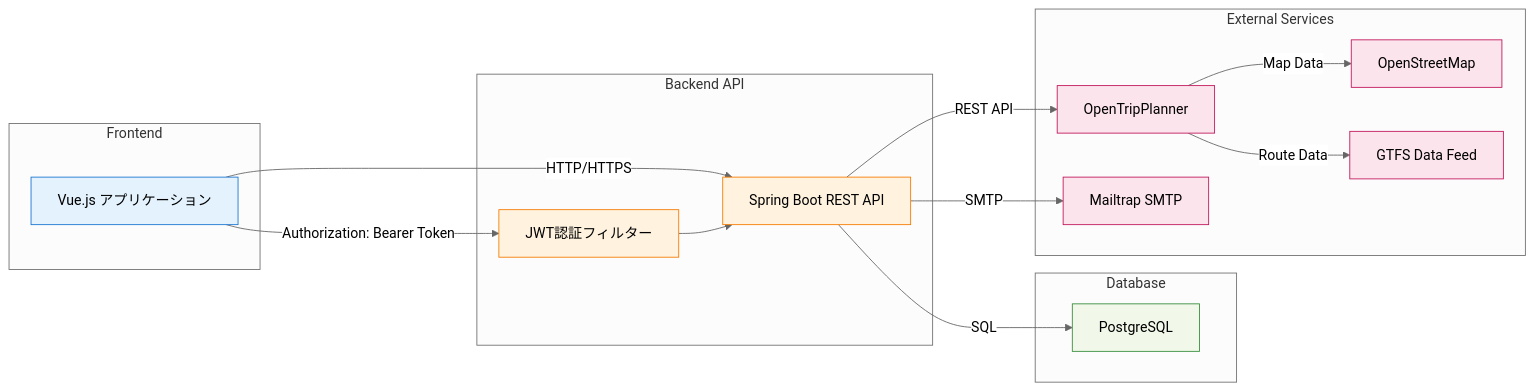
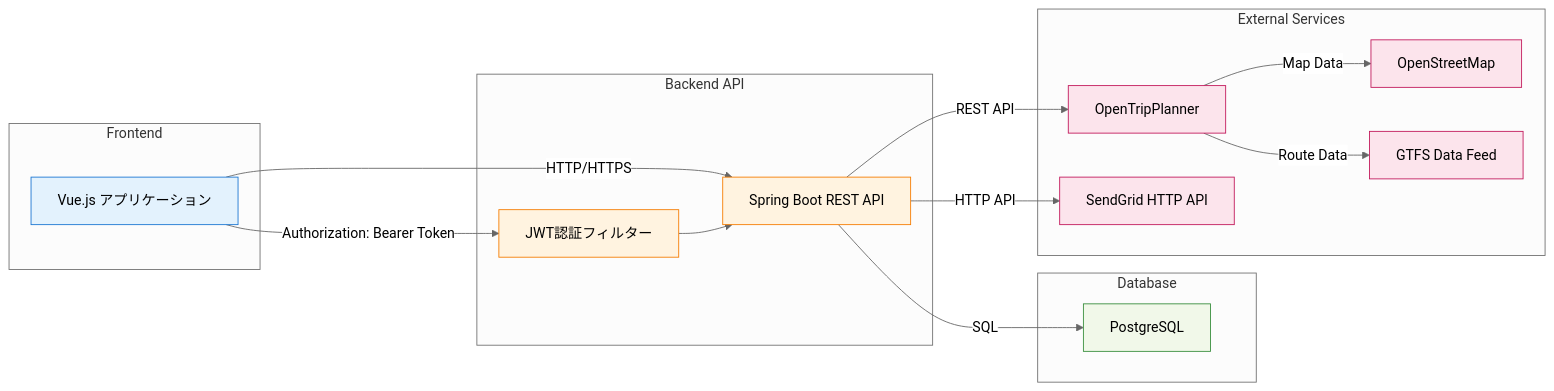
The first of 2 diagrams in docs/04_interfaces/api_spec.md (taichi0373/kumamoto-henno-map), drawn with Mermaid (neutral theme) before and after one commit. The commit also changed other lines of this file and 33 other files, not shown here.

````diff
--- a/docs/04_interfaces/api_spec.md
+++ b/docs/04_interfaces/api_spec.md
@@ -23,41 +23,41 @@
 ```mermaid
 graph LR
     subgraph "Frontend"
         FE[Vue.js アプリケーション]
     end
 
     subgraph "Backend API"
         API[Spring Boot REST API]
         AUTH[JWT認証フィルター]
     end
 
     subgraph "Database"
         DB[PostgreSQL]
     end
 
     subgraph "External Services"
         OTP[OpenTripPlanner]
         OSM[OpenStreetMap]
         GTFS[GTFS Data Feed]
-        MAIL[Mailtrap SMTP]
+        MAIL[SendGrid HTTP API]
     end
 
     FE -->|Authorization: Bearer Token| AUTH
     FE -->|HTTP/HTTPS| API
     AUTH --> API
     API -->|SQL| DB
     API -->|REST API| OTP
-    API -->|SMTP| MAIL
+    API -->|HTTP API| MAIL
     OTP -->|Map Data| OSM
     OTP -->|Route Data| GTFS
 
     classDef frontend fill:#e3f2fd,stroke:#1976d2
     classDef backend fill:#fff3e0,stroke:#f57c00
     classDef database fill:#f1f8e9,stroke:#388e3c
     classDef external fill:#fce4ec,stroke:#c2185b
 
     class FE frontend
     class API,AUTH backend
     class DB database
     class OTP,OSM,GTFS,MAIL external
 ```
````
